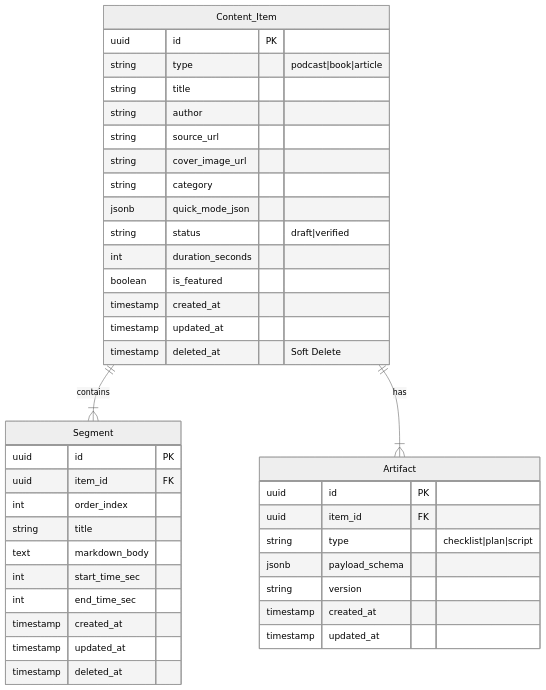
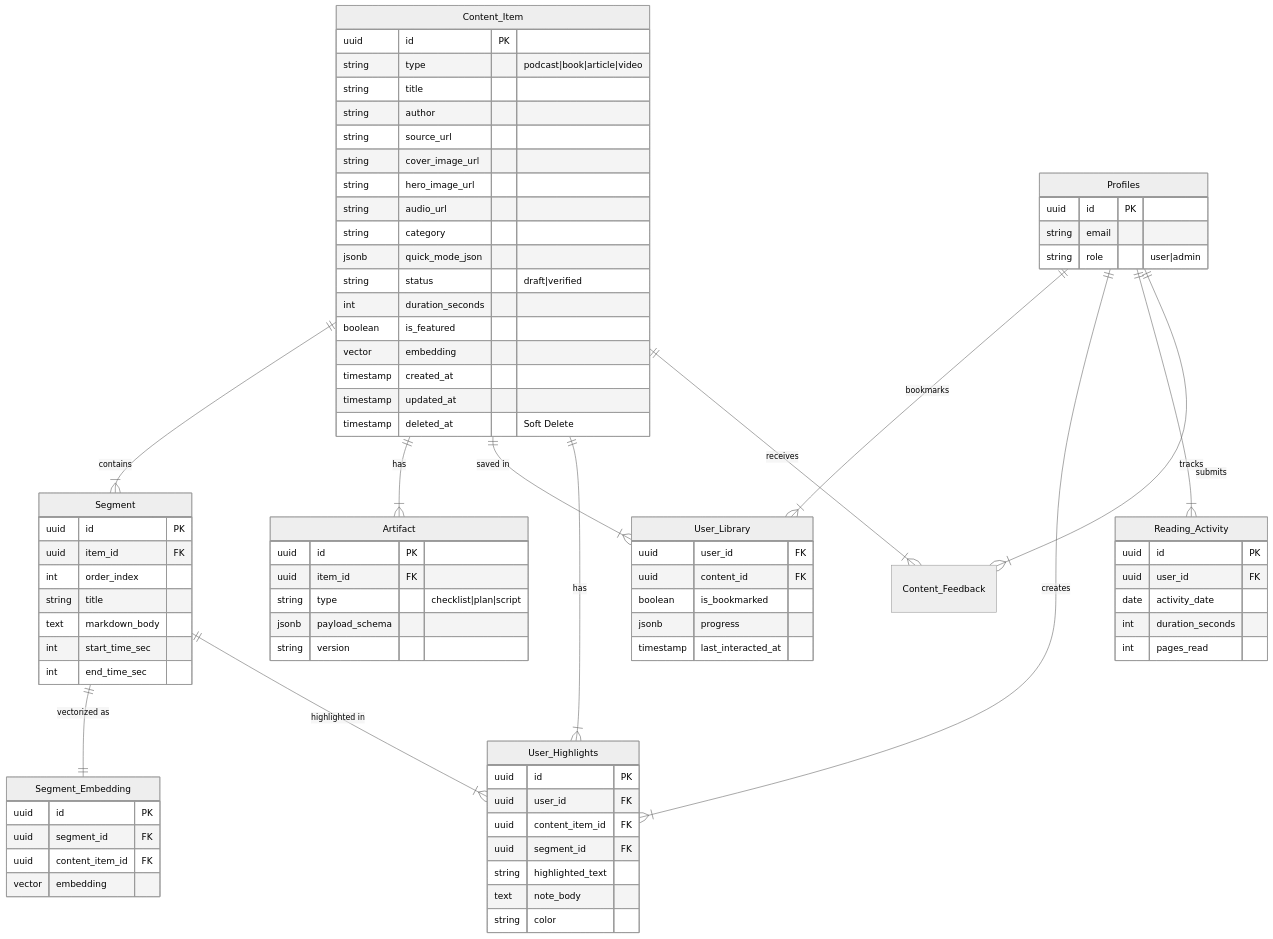
One commit to Jseow008/ThePlayBook changed the diagram in docs/ARCHITECTURE.md. Above: the diagram before and after it, drawn with Mermaid (neutral theme). The commit also changed other lines of this file and 30 other files, not shown here.

````diff
--- a/docs/ARCHITECTURE.md
+++ b/docs/ARCHITECTURE.md
@@ -59,19 +68,33 @@
 erDiagram
     Content_Item ||--|{ Segment : contains
     Content_Item ||--|{ Artifact : has
+    Content_Item ||--|{ User_Library : "saved in"
+    Content_Item ||--|{ User_Highlights : "has"
+    Content_Item ||--|{ Content_Feedback : "receives"
     
+    Segment ||--|| Segment_Embedding : "vectorized as"
+    Segment ||--|{ User_Highlights : "highlighted in"
+
+    Profiles ||--|{ User_Library : "bookmarks"
+    Profiles ||--|{ User_Highlights : "creates"
+    Profiles ||--|{ Reading_Activity : "tracks"
+    Profiles ||--|{ Content_Feedback : "submits"
+
     Content_Item {
         uuid id PK
-        string type "podcast|book|article"
+        string type "podcast|book|article|video"
         string title
         string author
         string source_url
         string cover_image_url
+        string hero_image_url
+        string audio_url
         string category
         jsonb quick_mode_json
         string status "draft|verified"
         int duration_seconds
         boolean is_featured
+        vector embedding
         timestamp created_at
         timestamp updated_at
         timestamp deleted_at "Soft Delete"
@@ -85,9 +108,13 @@
         text markdown_body
         int start_time_sec
         int end_time_sec
-        timestamp created_at
-        timestamp updated_at
-        timestamp deleted_at
+    }
+    
+    Segment_Embedding {
+        uuid id PK
+        uuid segment_id FK
+        uuid content_item_id FK
+        vector embedding
     }
 
     Artifact {
@@ -96,7 +123,37 @@
         string type "checklist|plan|script"
         jsonb payload_schema
         string version
-        timestamp created_at
-        timestamp updated_at
+    }
+
+    Profiles {
+        uuid id PK
+        string email
+        string role "user|admin"
+    }
+
+    User_Library {
+        uuid user_id FK
+        uuid content_id FK
+        boolean is_bookmarked
+        jsonb progress
+        timestamp last_interacted_at
+    }
+
+    User_Highlights {
+        uuid id PK
+        uuid user_id FK
+        uuid content_item_id FK
+        uuid segment_id FK
+        string highlighted_text
+        text note_body
+        string color
+    }
+    
+    Reading_Activity {
+        uuid id PK
+        uuid user_id FK
+        date activity_date
+        int duration_seconds
+        int pages_read
     }
 ```
````
